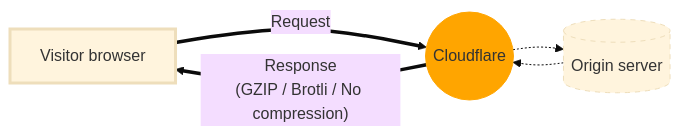
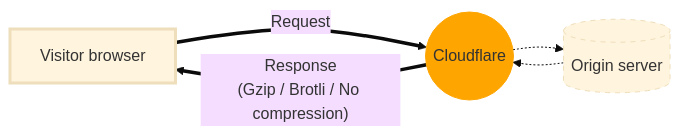
One commit to cloudflare/cloudflare-docs changed the first of 2 diagrams in content/speed/optimization/content/brotli/content-compression.md. Above: the diagram before and after it, drawn with Mermaid (base theme). The commit also changed other lines of this file, not shown here.

Commit message:
updating gzip casing

````diff
--- a/content/speed/optimization/content/brotli/content-compression.md
+++ b/content/speed/optimization/content/brotli/content-compression.md
@@ -17,16 +17,16 @@
 ```mermaid
 flowchart LR
 accTitle: Compressed responses sent to website visitor
-accDescr: Cloudflare can send responses to visitors using GZIP compression, Brotli compression, or no compression.
+accDescr: Cloudflare can send responses to visitors using Gzip compression, Brotli compression, or no compression.
 
 A[Visitor browser]
 B((Cloudflare))
 C[(Origin server)]
 
 A == "Request" ==> B -.-> C
-C -.-> B == "Response<br>(GZIP / Brotli / No compression)" ==> A
+C -.-> B == "Response<br>(Gzip / Brotli / No compression)" ==> A
 
 style A stroke-width: 3px
 style B stroke: orange,fill: orange
 style C stroke-dasharray: 5 5
 ```
````
